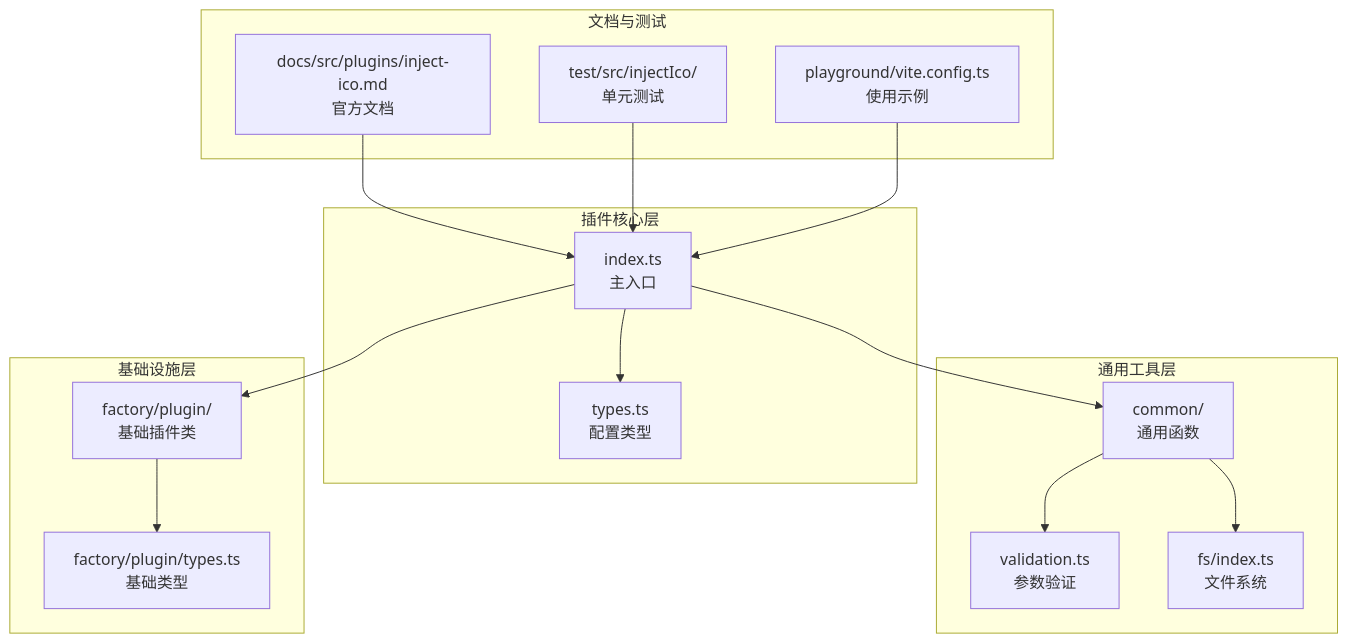
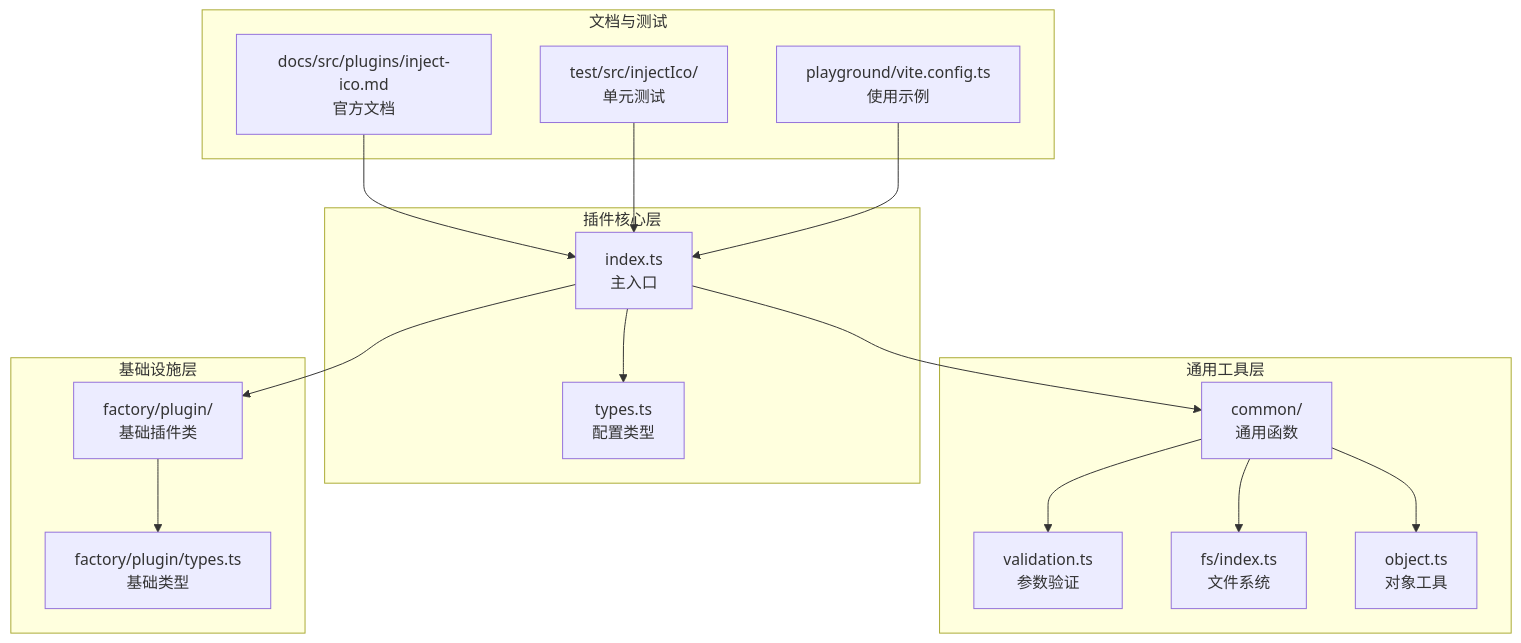
Before and after one commit to MengXi-Studio/vite-plugin: the first of 9 diagrams in .qoder/repowiki/zh/content/核心插件/图标注入插件 (injectIco).md, drawn with Mermaid. The commit also changed other lines of this file and 5 other files, not shown here.

````diff
--- a/.qoder/repowiki/zh/content/核心插件/图标注入插件 (injectIco).md
+++ b/.qoder/repowiki/zh/content/核心插件/图标注入插件 (injectIco).md
@@ -45,30 +54,32 @@
 ```mermaid
 graph TB
 subgraph "插件核心层"
 InjectIco[index.ts<br/>主入口]
 Types[types.ts<br/>配置类型]
 end
 subgraph "通用工具层"
 Common[common/<br/>通用函数]
 Validation[validation.ts<br/>参数验证]
 FS[fs/index.ts<br/>文件系统]
+Object[object.ts<br/>对象工具]
 end
 subgraph "基础设施层"
 BasePlugin[factory/plugin/<br/>基础插件类]
 BaseTypes[factory/plugin/types.ts<br/>基础类型]
 end
 subgraph "文档与测试"
 Docs[docs/src/plugins/inject-ico.md<br/>官方文档]
 Test[test/src/injectIco/<br/>单元测试]
 Playground[playground/vite.config.ts<br/>使用示例]
 end
 InjectIco --> Common
 InjectIco --> BasePlugin
 InjectIco --> Types
 Common --> Validation
 Common --> FS
+Common --> Object
 BasePlugin --> BaseTypes
 Docs --> InjectIco
 Test --> InjectIco
 Playground --> InjectIco
 ```
````
